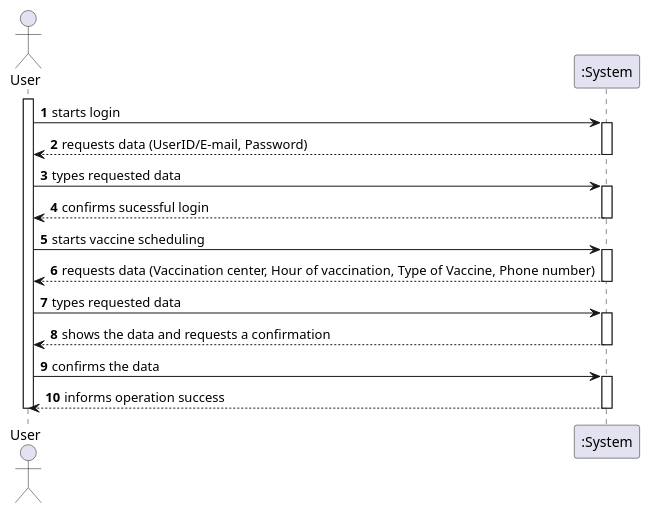
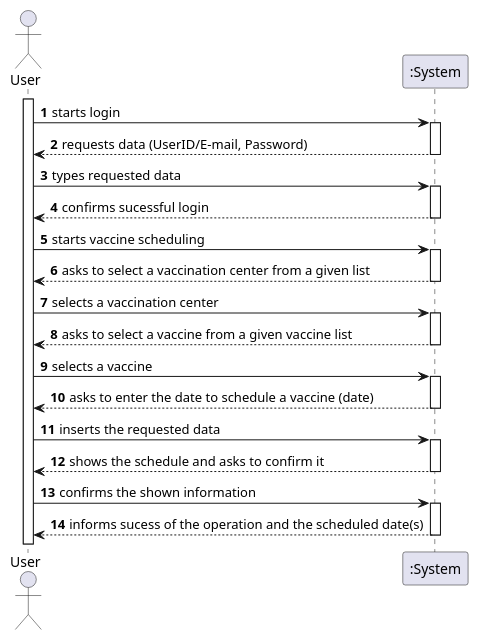
The diagram in docs/SprintC/US/US1/US01_SSD.puml (PedroMesquita1211171/VaccinationManager), drawn with PlantUML before and after one commit. The commit also changed 8 other files, not shown here.

```diff
--- a/docs/SprintC/US/US1/US01_SSD.puml
+++ b/docs/SprintC/US/US1/US01_SSD.puml
@@ -1,38 +1,45 @@
 @startuml
 'https://plantuml.com/sequence-diagram
 
 'REFAZER QUANDO ABACAR A PROGRAMAÇÃO
 
 
 autonumber
 actor "User" as USER
 
 activate USER
 USER -> ":System" : starts login
 activate ":System"
 ":System" --> USER : requests data (UserID/E-mail, Password)
 deactivate ":System"
 
 USER -> ":System" : types requested data
 activate ":System"
 ":System" --> USER : confirms sucessful login
 deactivate ":System"
 
 USER -> ":System" : starts vaccine scheduling
 activate ":System"
-":System" --> USER :  requests data (Vaccination center, Hour of vaccination, Type of Vaccine, Phone number)
+":System" --> USER : asks to select a vaccination center from a given list
 deactivate ":System"
 
-USER -> ":System" : types requested data
+USER -> ":System" :  selects a vaccination center
 activate ":System"
-":System" --> USER : shows the data and requests a confirmation
+":System" --> USER : asks to select a vaccine from a given vaccine list
 deactivate ":System"
 
-USER -> ":System" : confirms the data
+USER -> ":System" :  selects a vaccine
 activate ":System"
-":System" --> USER : informs operation success
+":System" --> USER : asks to enter the date to schedule a vaccine (date)
 deactivate ":System"
 
+USER -> ":System" : inserts the requested data
+activate ":System"
+":System"--> USER : shows the schedule and asks to confirm it
+deactivate ":System"
 
-deactivate USER
+USER -> ":System" : confirms the shown information
+activate ":System"
+":System" --> USER : informs sucess of the operation and the scheduled date(s)
+deactivate ":System"
 @enduml
```
